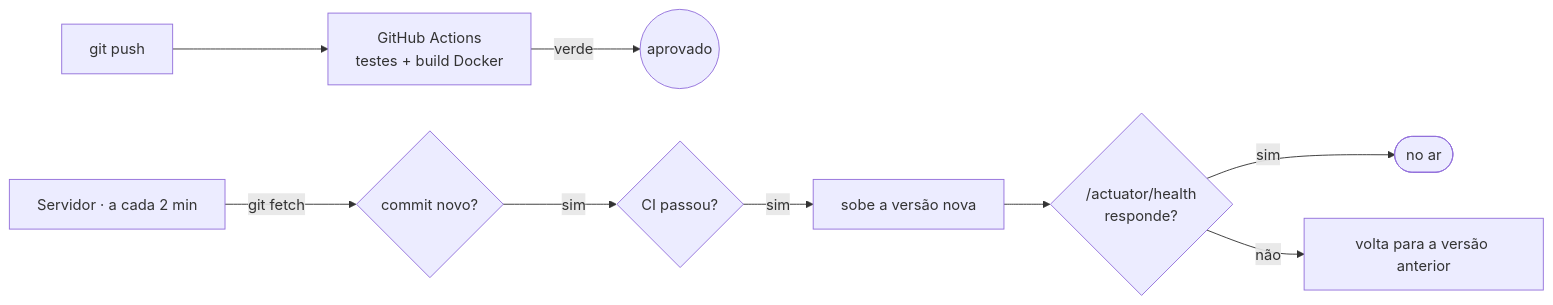
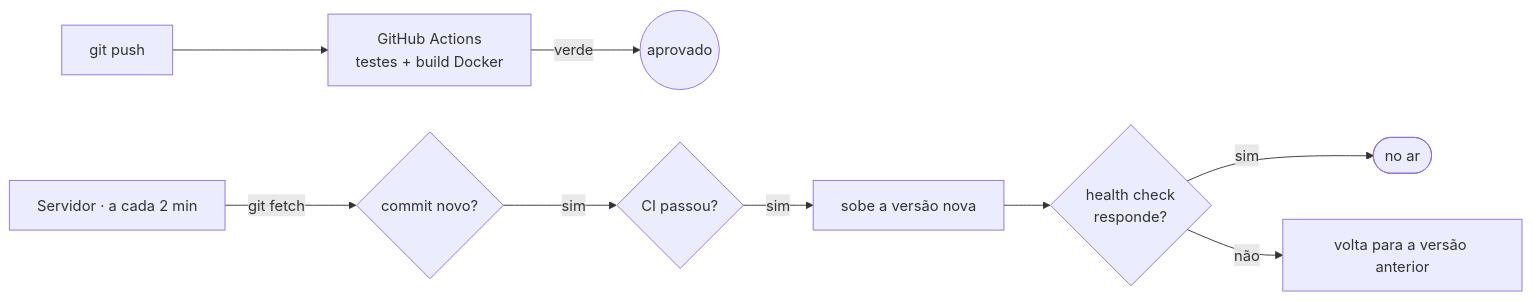
One commit to DaviCastroDCC/vigia changed the third of 3 diagrams in README.md. Above: the diagram before and after it, drawn with Mermaid.

Commit message:
[v2.0] docs: ajusta o diagrama de deploy

````diff
--- a/README.md
+++ b/README.md
@@ -205,11 +205,11 @@
 ```mermaid
 flowchart LR
     push[git push] --> ci[GitHub Actions<br/>testes + build Docker]
     ci -->|verde| ok((aprovado))
     timer[Servidor · a cada 2 min] -->|git fetch| new{commit novo?}
     new -->|sim| check{CI passou?}
     check -->|sim| up[sobe a versão nova]
-    up --> health{/actuator/health<br/>responde?}
+    up --> health{health check<br/>responde?}
     health -->|sim| done([no ar])
     health -->|não| rollback[volta para a versão anterior]
 ```
````
